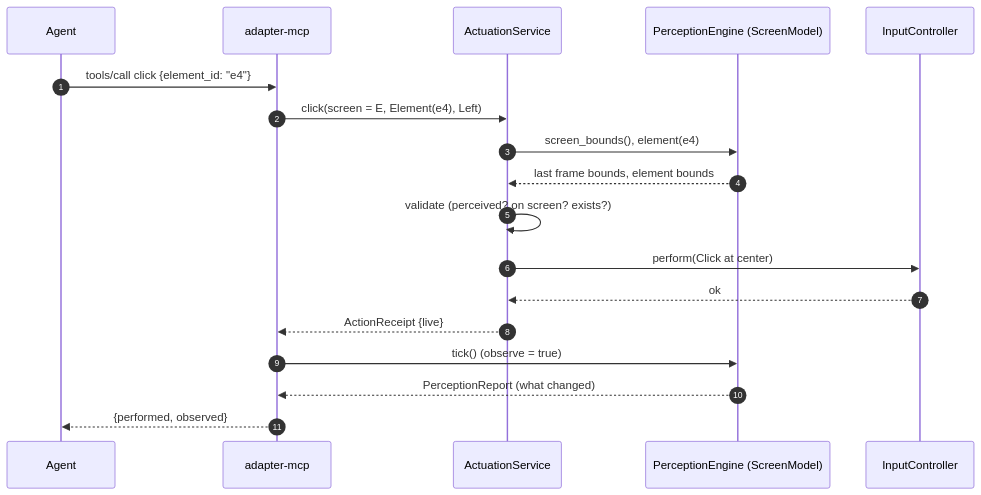
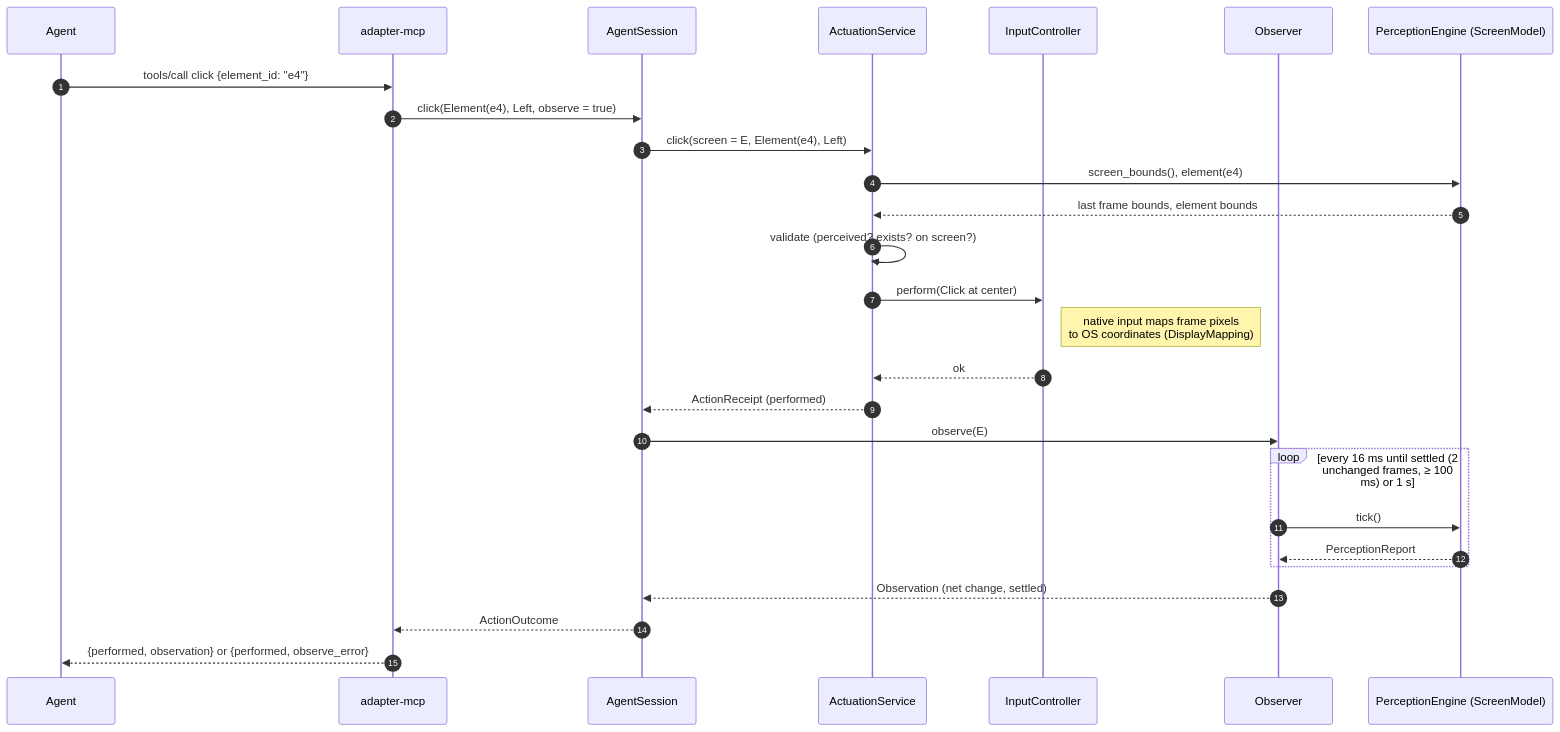
Before and after one commit to Yosoyepa/Ommatix: the second of 2 diagrams in docs/diagrams/perception-pipeline.md, drawn with Mermaid. The commit also changed other lines of this file and 17 other files, not shown here.

````diff
--- a/docs/diagrams/perception-pipeline.md
+++ b/docs/diagrams/perception-pipeline.md
@@ -38,21 +41,30 @@
 ```mermaid
 sequenceDiagram
     autonumber
     participant A as Agent
     participant M as adapter-mcp
+    participant X as AgentSession
     participant U as ActuationService
+    participant I as InputController
+    participant O as Observer
     participant E as PerceptionEngine (ScreenModel)
-    participant I as InputController
 
     A->>M: tools/call click {element_id: "e4"}
-    M->>U: click(screen = E, Element(e4), Left)
+    M->>X: click(Element(e4), Left, observe = true)
+    X->>U: click(screen = E, Element(e4), Left)
     U->>E: screen_bounds(), element(e4)
     E-->>U: last frame bounds, element bounds
-    U->>U: validate (perceived? on screen? exists?)
+    U->>U: validate (perceived? exists? on screen?)
     U->>I: perform(Click at center)
+    Note right of I: native input maps frame pixels<br/>to OS coordinates (DisplayMapping)
     I-->>U: ok
-    U-->>M: ActionReceipt {live}
-    M->>E: tick()  (observe = true)
-    E-->>M: PerceptionReport (what changed)
-    M-->>A: {performed, observed}
+    U-->>X: ActionReceipt (performed)
+    X->>O: observe(E)
+    loop every 16 ms until settled (2 unchanged frames, ≥ 100 ms) or 1 s
+        O->>E: tick()
+        E-->>O: PerceptionReport
+    end
+    O-->>X: Observation (net change, settled)
+    X-->>M: ActionOutcome
+    M-->>A: {performed, observation} or {performed, observe_error}
 ```
````
